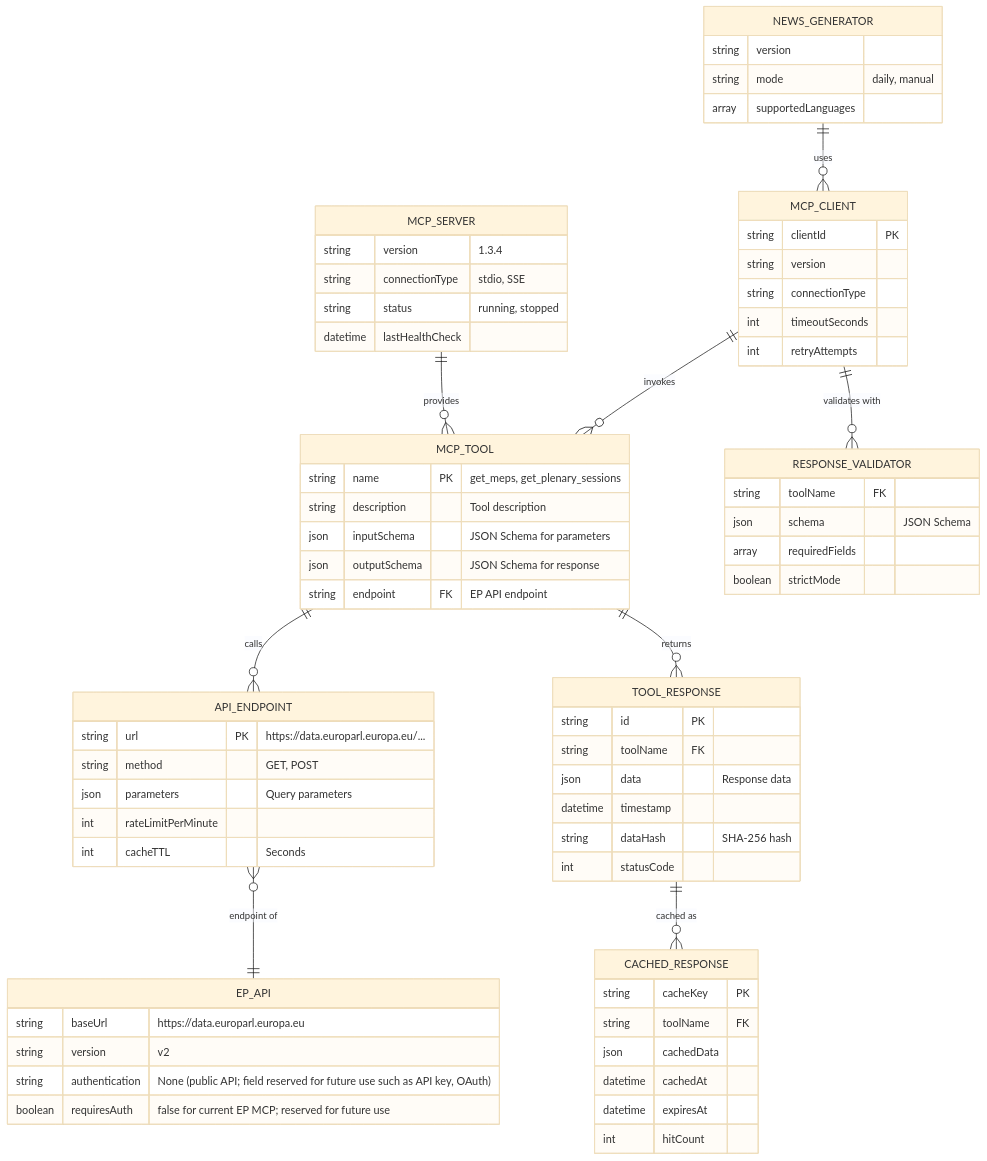
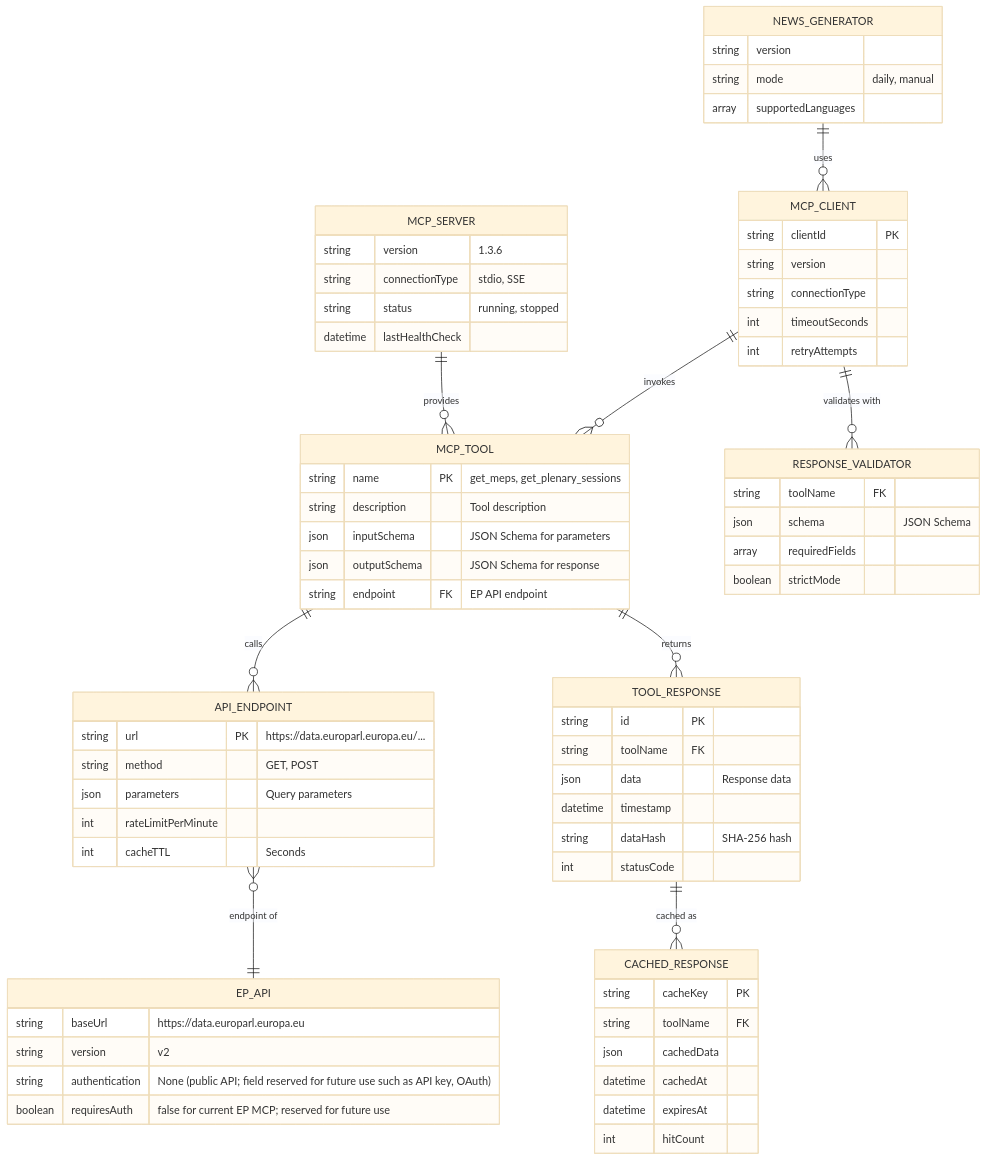
The third of 9 diagrams in DATA_MODEL.md (Hack23/euparliamentmonitor), drawn with Mermaid (base theme) before and after one commit. The commit also changed other lines of this file and 73 other files, not shown here.

````diff
--- a/DATA_MODEL.md
+++ b/DATA_MODEL.md
@@ -974,81 +974,81 @@
 ```mermaid
 erDiagram
     MCP_SERVER ||--o{ MCP_TOOL : "provides"
     MCP_TOOL ||--o{ API_ENDPOINT : "calls"
     API_ENDPOINT }o--|| EP_API : "endpoint of"
     MCP_TOOL ||--o{ TOOL_RESPONSE : "returns"
     TOOL_RESPONSE ||--o{ CACHED_RESPONSE : "cached as"
 
     NEWS_GENERATOR ||--o{ MCP_CLIENT : "uses"
     MCP_CLIENT ||--o{ MCP_TOOL : "invokes"
     MCP_CLIENT ||--o{ RESPONSE_VALIDATOR : "validates with"
 
     MCP_SERVER {
-        string version "1.3.4"
+        string version "1.3.6"
         string connectionType "stdio, SSE"
         string status "running, stopped"
         datetime lastHealthCheck
     }
 
     MCP_TOOL {
         string name PK "get_meps, get_plenary_sessions"
         string description "Tool description"
         json inputSchema "JSON Schema for parameters"
         json outputSchema "JSON Schema for response"
         string endpoint FK "EP API endpoint"
     }
 
     API_ENDPOINT {
         string url PK "https://data.europarl.europa.eu/..."
         string method "GET, POST"
         json parameters "Query parameters"
         int rateLimitPerMinute
         int cacheTTL "Seconds"
     }
 
     EP_API {
         string baseUrl "https://data.europarl.europa.eu"
         string version "v2"
         string authentication "None (public API; field reserved for future use such as API key, OAuth)"
         boolean requiresAuth "false for current EP MCP; reserved for future use"
     }
 
     TOOL_RESPONSE {
         string id PK
         string toolName FK
         json data "Response data"
         datetime timestamp
         string dataHash "SHA-256 hash"
         int statusCode
     }
 
     CACHED_RESPONSE {
         string cacheKey PK
         string toolName FK
         json cachedData
         datetime cachedAt
         datetime expiresAt
         int hitCount
     }
 
     MCP_CLIENT {
         string clientId PK
         string version
         string connectionType
         int timeoutSeconds
         int retryAttempts
     }
 
     RESPONSE_VALIDATOR {
         string toolName FK
         json schema "JSON Schema"
         array requiredFields
         boolean strictMode
     }
 
     NEWS_GENERATOR {
         string version
         string mode "daily, manual"
         array supportedLanguages
     }
 ```
````
